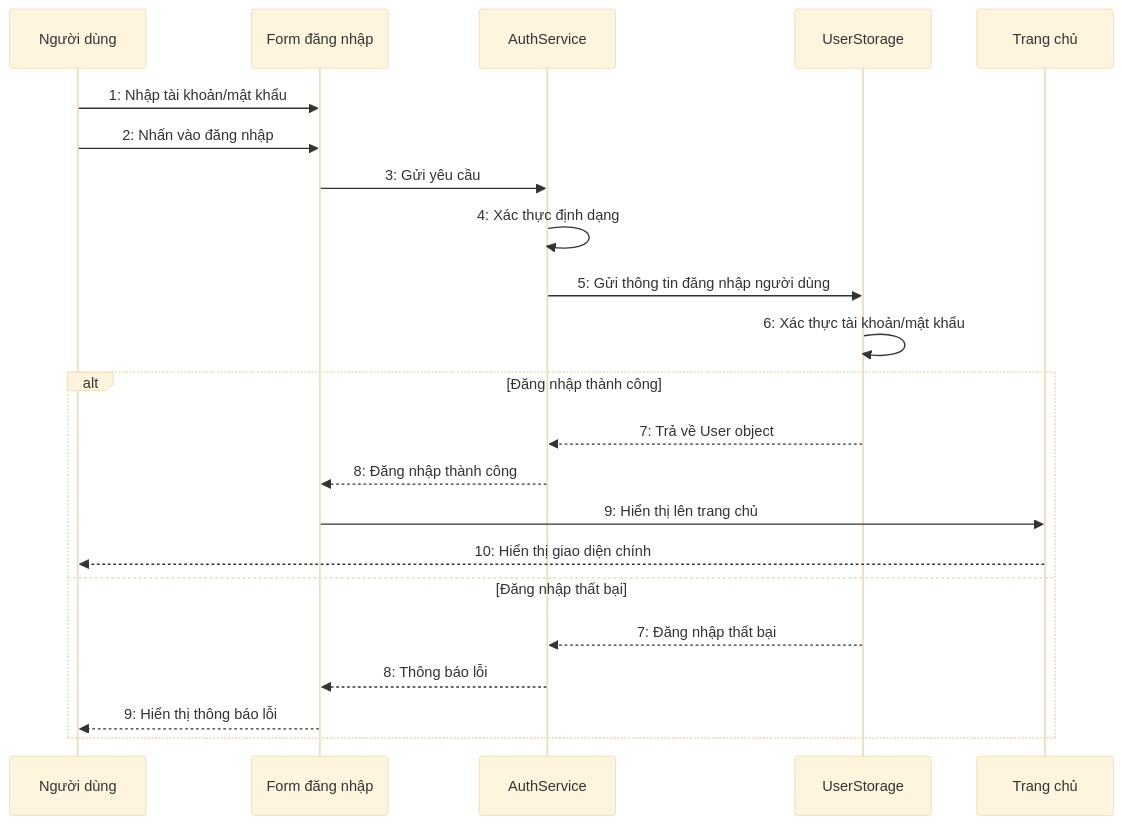
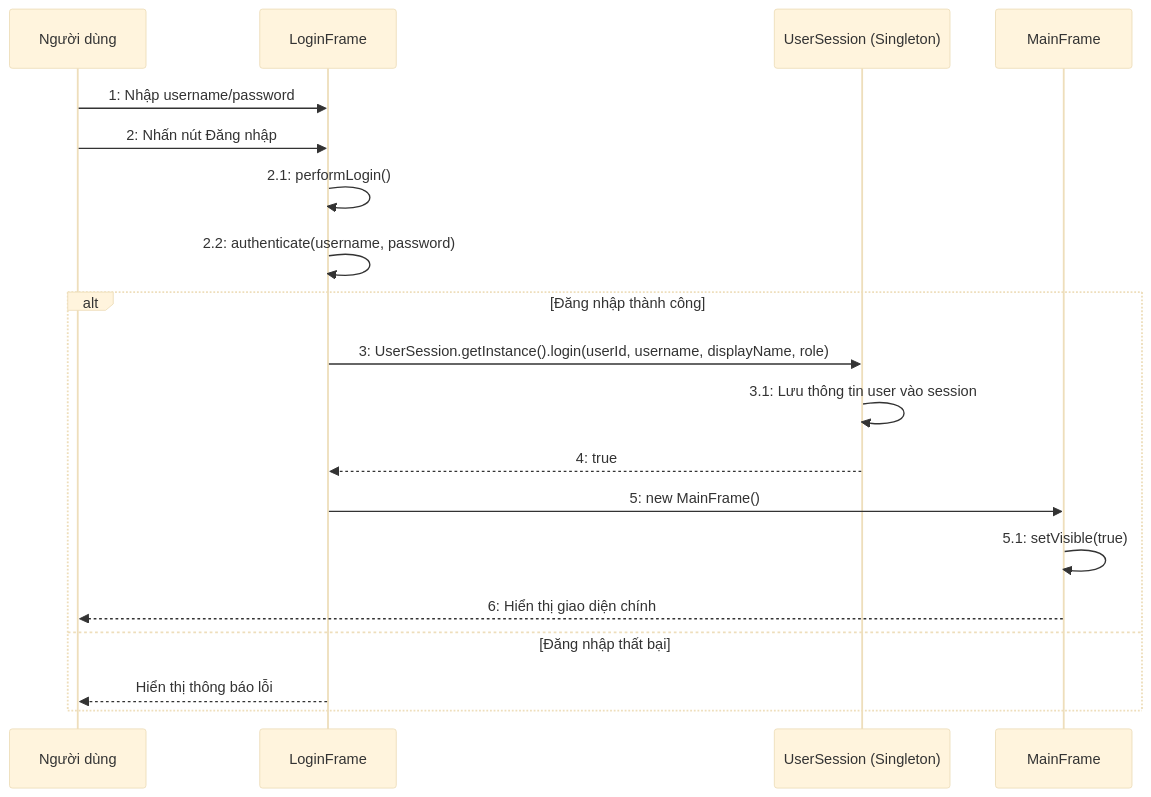
The fifth of 11 diagrams in docs/BaoCao_HotelManagement.md (IvanLyVodka11/hotel-management), drawn with Mermaid (base theme) before and after one commit. The commit also changed other lines of this file and 91 other files, not shown here.

First line of the commit message:
Refine sequence diagrams to match actual code logic

````diff
--- a/docs/BaoCao_HotelManagement.md
+++ b/docs/BaoCao_HotelManagement.md
@@ -341,26 +341,23 @@
 ```mermaid
 sequenceDiagram
     participant User as Người dùng
-    participant LoginFrame as Form đăng nhập
-    participant AuthService as AuthService
-    participant UserStorage as UserStorage
-    participant MainFrame as Trang chủ
+    participant LoginFrame as LoginFrame
+    participant UserSession as UserSession (Singleton)
+    participant MainFrame as MainFrame
 
-    User->>LoginFrame: 1: Nhập tài khoản/mật khẩu
-    User->>LoginFrame: 2: Nhấn vào đăng nhập
-    LoginFrame->>AuthService: 3: Gửi yêu cầu
-    AuthService->>AuthService: 4: Xác thực định dạng
-    AuthService->>UserStorage: 5: Gửi thông tin đăng nhập người dùng
-    UserStorage->>UserStorage: 6: Xác thực tài khoản/mật khẩu
+    User->>LoginFrame: 1: Nhập username/password
+    User->>LoginFrame: 2: Nhấn nút Đăng nhập
+    LoginFrame->>LoginFrame: 2.1: performLogin()
+    LoginFrame->>LoginFrame: 2.2: authenticate(username, password)
     
     alt Đăng nhập thành công
-        UserStorage-->>AuthService: 7: Trả về User object
-        AuthService-->>LoginFrame: 8: Đăng nhập thành công
-        LoginFrame->>MainFrame: 9: Hiển thị lên trang chủ
-        MainFrame-->>User: 10: Hiển thị giao diện chính
+        LoginFrame->>UserSession: 3: UserSession.getInstance().login(userId, username, displayName, role)
+        UserSession->>UserSession: 3.1: Lưu thông tin user vào session
+        UserSession-->>LoginFrame: 4: true
+        LoginFrame->>MainFrame: 5: new MainFrame()
+        MainFrame->>MainFrame: 5.1: setVisible(true)
+        MainFrame-->>User: 6: Hiển thị giao diện chính
     else Đăng nhập thất bại
-        UserStorage-->>AuthService: 7: Đăng nhập thất bại
-        AuthService-->>LoginFrame: 8: Thông báo lỗi
-        LoginFrame-->>User: 9: Hiển thị thông báo lỗi
+        LoginFrame-->>User: Hiển thị thông báo lỗi
     end
 ```
````
